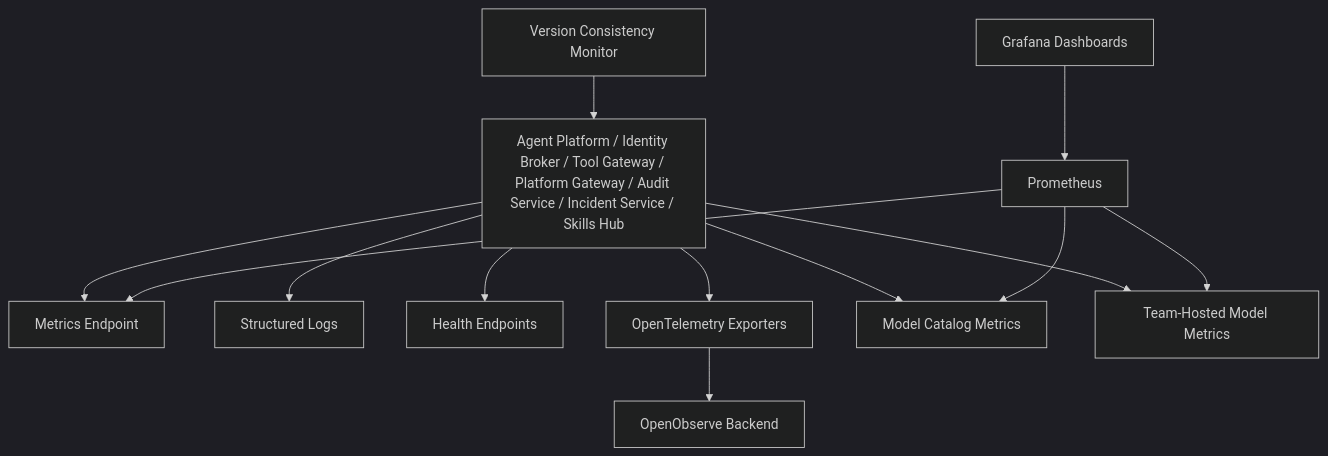
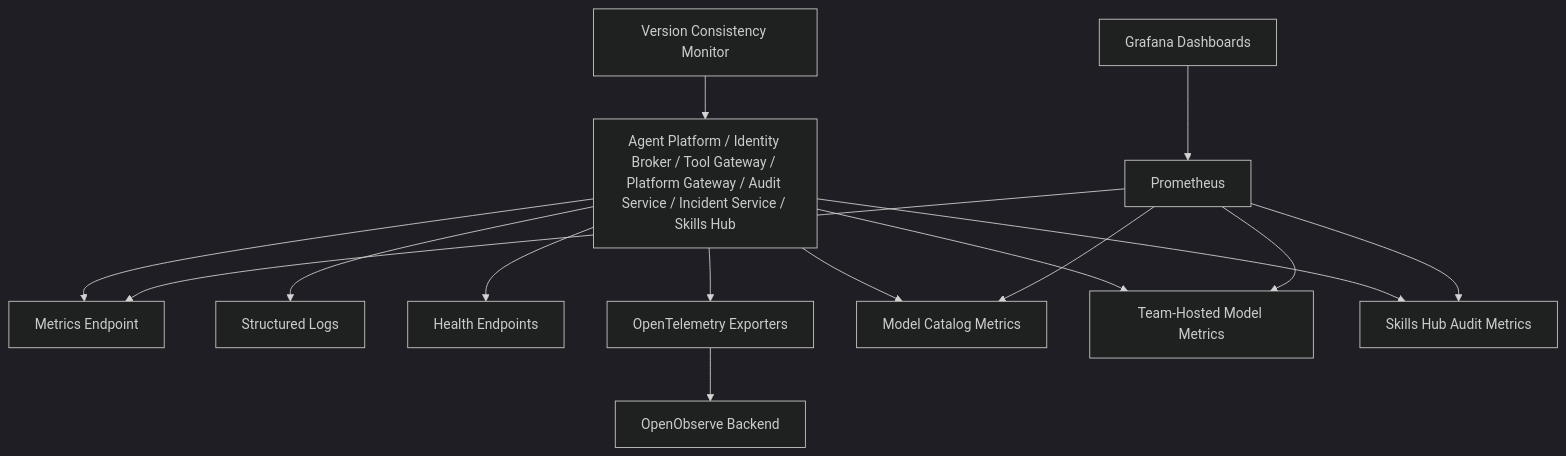
Diagram 11 of 12 in .qoder/repowiki/en/content/Deployment and Operations/Deployment and Operations.md (metasync/luban-aiops), drawn with Mermaid (dark theme) before and after one commit. The commit also changed other lines of this file and 8 other files, not shown here.

````diff
--- a/.qoder/repowiki/en/content/Deployment and Operations/Deployment and Operations.md
+++ b/.qoder/repowiki/en/content/Deployment and Operations/Deployment and Operations.md
@@ -800,26 +818,29 @@
 ```mermaid
 graph TB
 Services["Agent Platform / Identity Broker / Tool Gateway / Platform Gateway / Audit Service / Incident Service / Skills Hub"]
 Metrics["Metrics Endpoint"]
 Logs["Structured Logs"]
 Health["Health Endpoints"]
 OTel["OpenTelemetry Exporters"]
 ModelMetrics["Model Catalog Metrics"]
 LLMMetrics["Team-Hosted Model Metrics"]
+SkillsMetrics["Skills Hub Audit Metrics"]
 Prometheus["Prometheus"]
 Grafana["Grafana Dashboards"]
 OpenObserve["OpenObserve Backend"]
 VersionMonitor["Version Consistency Monitor"]
 Services --> Metrics
 Services --> Logs
 Services --> Health
 Services --> OTel
 Services --> ModelMetrics
 Services --> LLMMetrics
+Services --> SkillsMetrics
 Prometheus --> Metrics
 Prometheus --> ModelMetrics
 Prometheus --> LLMMetrics
+Prometheus --> SkillsMetrics
 Grafana --> Prometheus
 OTel --> OpenObserve
 VersionMonitor --> Services
 ```
````
